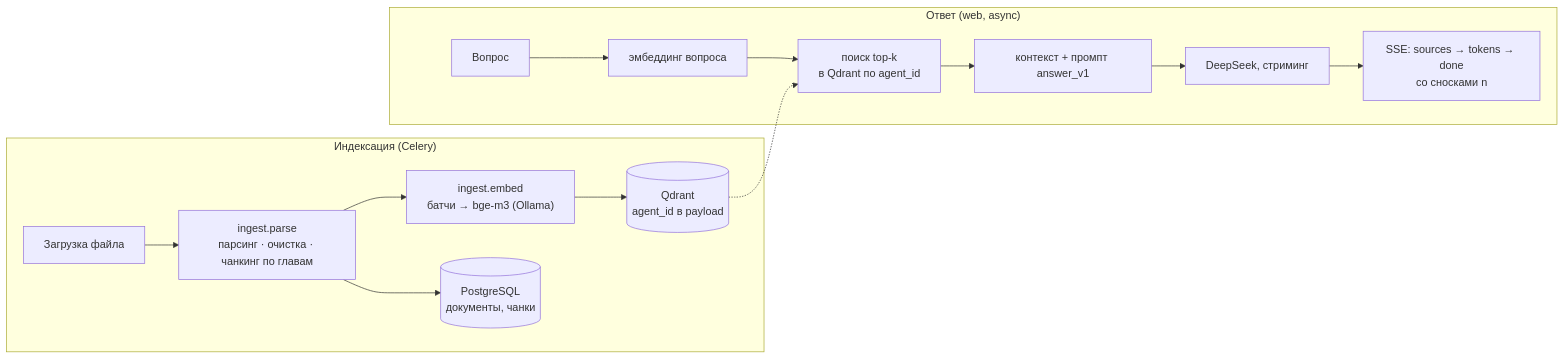
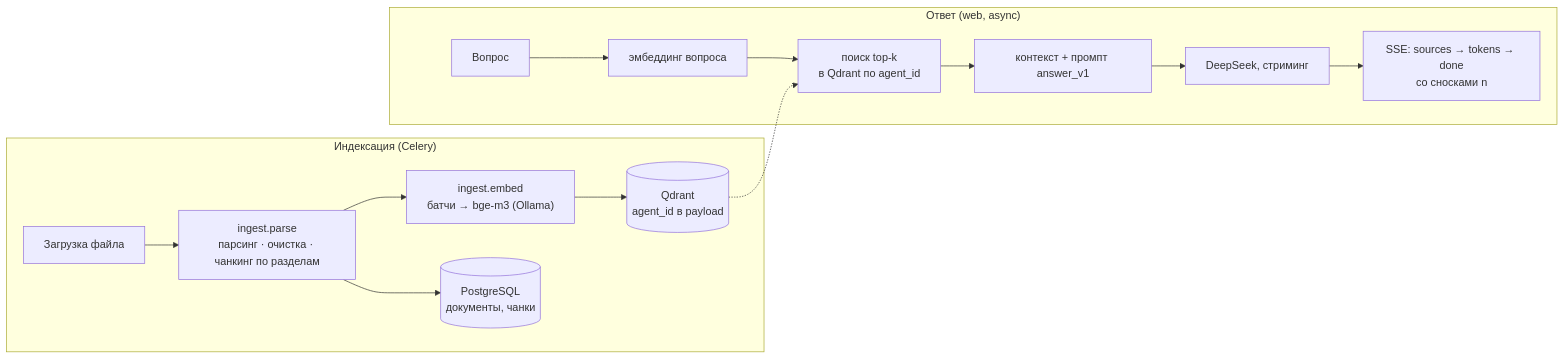
Before and after one commit to Gegirhasut/rag-agents: the diagram in README.ru.md, drawn with Mermaid. The commit also changed other lines of this file and 1 other file, not shown here.

````diff
--- a/README.ru.md
+++ b/README.ru.md
@@ -64,15 +66,15 @@
 ```mermaid
 flowchart LR
     subgraph Ingest["Индексация (Celery)"]
-        U[Загрузка файла] --> P["ingest.parse<br/>парсинг · очистка · чанкинг по главам"]
+        U[Загрузка файла] --> P["ingest.parse<br/>парсинг · очистка · чанкинг по разделам"]
         P --> E["ingest.embed<br/>батчи → bge-m3 (Ollama)"]
         E --> Q[(Qdrant<br/>agent_id в payload)]
         P --> PG[(PostgreSQL<br/>документы, чанки)]
     end
     subgraph Query["Ответ (web, async)"]
         A[Вопрос] --> QE[эмбеддинг вопроса] --> S[поиск top-k<br/>в Qdrant по agent_id]
         S --> C[контекст + промпт answer_v1] --> L[DeepSeek, стриминг]
         L --> SSE[SSE: sources → tokens → done<br/>со сносками n]
     end
     Q -.-> S
 ```
````
